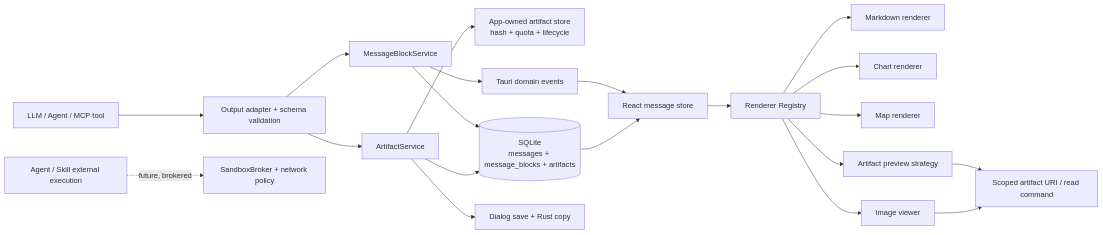
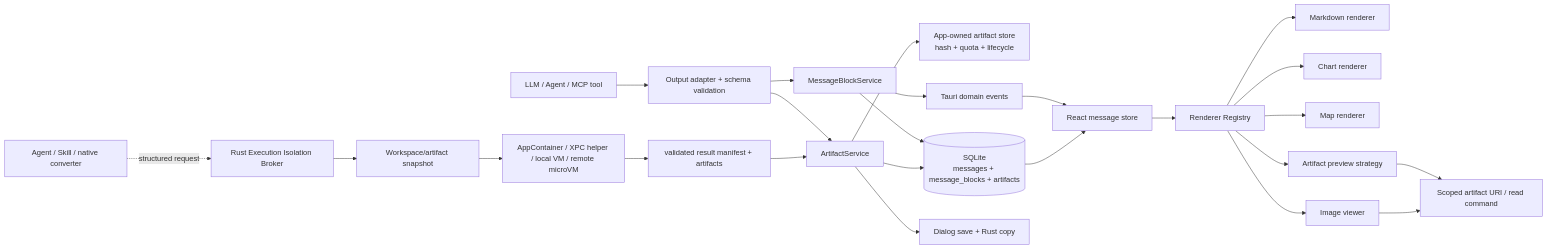
Before and after one commit to knqiufan/MisakaX: the diagram in docs/planning/rich-content-delivery/00-overall-implementation-plan.md, drawn with Mermaid. The commit also changed other lines of this file and 22 other files, not shown here.

Commit message:
feat(sandbox): establish isolation S0 contracts

````diff
--- a/docs/planning/rich-content-delivery/00-overall-implementation-plan.md
+++ b/docs/planning/rich-content-delivery/00-overall-implementation-plan.md
@@ -59,22 +61,26 @@
 ```mermaid
 flowchart LR
     MODEL["LLM / Agent / MCP tool"] --> NORMALIZE["Output adapter + schema validation"]
     NORMALIZE --> BLOCKS["MessageBlockService"]
     NORMALIZE --> ARTIFACTS["ArtifactService"]
     ARTIFACTS --> STORE["App-owned artifact store\nhash + quota + lifecycle"]
     BLOCKS --> DB[("SQLite\nmessages + message_blocks + artifacts")]
     ARTIFACTS --> DB
     BLOCKS --> EVENTS["Tauri domain events"]
     EVENTS --> CHAT["React message store"]
     DB --> CHAT
     CHAT --> REGISTRY["Renderer Registry"]
     REGISTRY --> MD["Markdown renderer"]
     REGISTRY --> CHART["Chart renderer"]
     REGISTRY --> MAP["Map renderer"]
     REGISTRY --> PREVIEW["Artifact preview strategy"]
     REGISTRY --> IMAGE["Image viewer"]
     PREVIEW --> URI["Scoped artifact URI / read command"]
     IMAGE --> URI
     ARTIFACTS --> EXPORT["Dialog save + Rust copy"]
-    AGENTEXEC["Agent / Skill external execution"] -. "future, brokered" .-> SANDBOX["SandboxBroker + network policy"]
+    AGENTEXEC["Agent / Skill / native converter"] -. "structured request" .-> BROKER["Rust Execution Isolation Broker"]
+    BROKER --> SNAP["Workspace/artifact snapshot"]
+    SNAP --> PROVIDER["AppContainer / XPC helper / local VM / remote microVM"]
+    PROVIDER --> RESULT["validated result manifest + artifacts"]
+    RESULT --> ARTIFACTS
 ```
````
